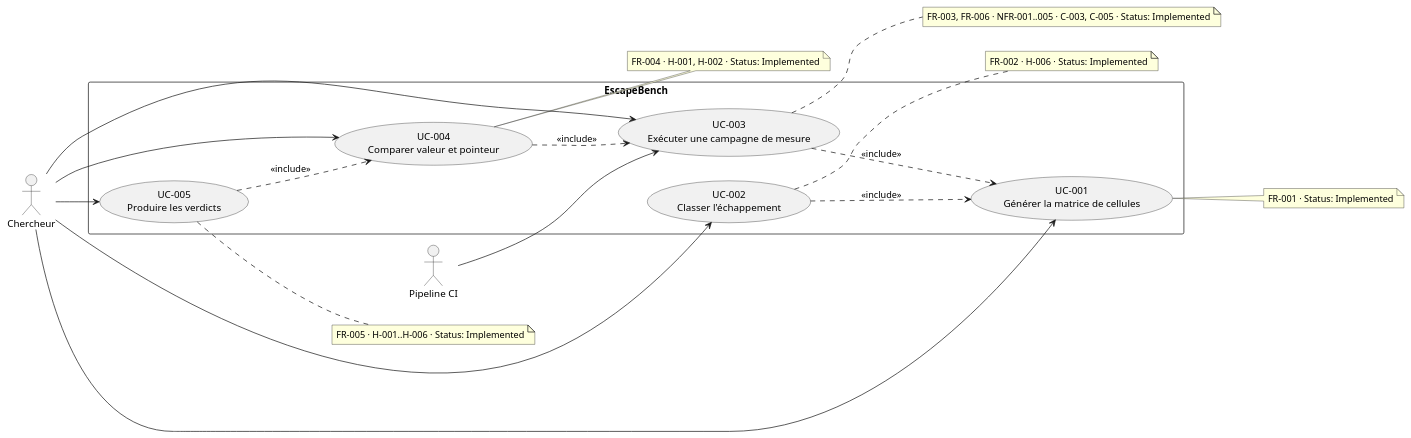
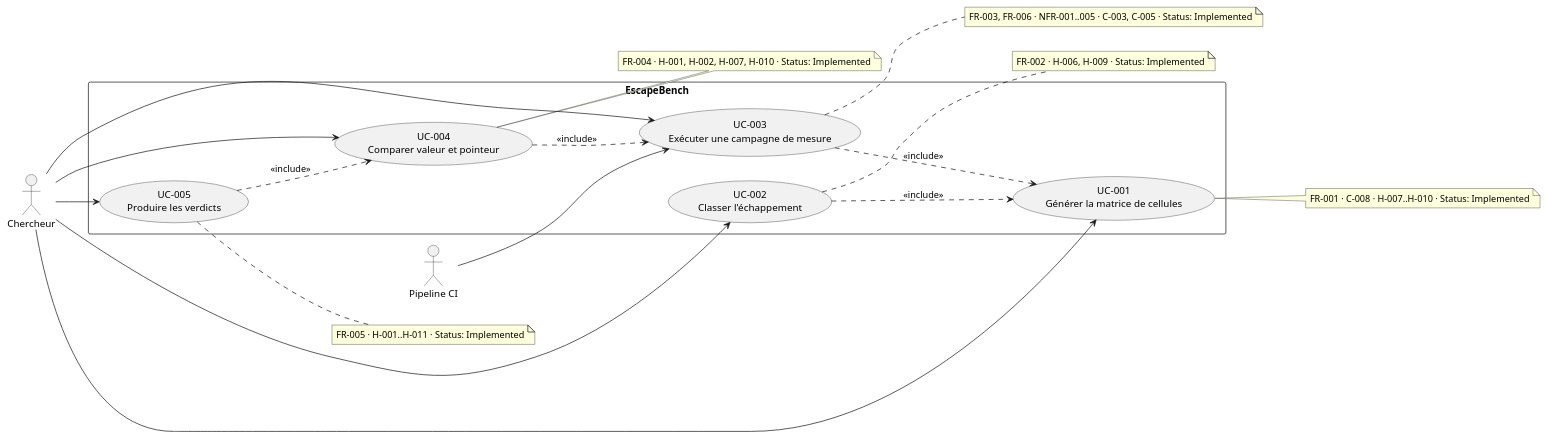
The diagram in EscapeBench/docs/use_cases.puml (agbruneau/Prospection), drawn with PlantUML before and after one commit. The commit also changed 12 other files, not shown here.

```diff
--- a/EscapeBench/docs/use_cases.puml
+++ b/EscapeBench/docs/use_cases.puml
@@ -1,33 +1,33 @@
 @startuml
 left to right direction
 skinparam packageStyle rectangle
 
 actor "Chercheur" as R
 actor "Pipeline CI" as CI
 
 rectangle "EscapeBench" {
   usecase "UC-001\nGénérer la matrice de cellules" as UC001
   usecase "UC-002\nClasser l'échappement" as UC002
   usecase "UC-003\nExécuter une campagne de mesure" as UC003
   usecase "UC-004\nComparer valeur et pointeur" as UC004
   usecase "UC-005\nProduire les verdicts" as UC005
 }
 
 R --> UC001
 R --> UC002
 R --> UC003
 R --> UC004
 R --> UC005
 CI --> UC003
 
 UC002 ..> UC001 : <<include>>
 UC003 ..> UC001 : <<include>>
 UC004 ..> UC003 : <<include>>
 UC005 ..> UC004 : <<include>>
 
-note right of UC001 : FR-001 · Status: Implemented
-note right of UC002 : FR-002 · H-006 · Status: Implemented
+note right of UC001 : FR-001 · C-008 · H-007..H-010 · Status: Implemented
+note right of UC002 : FR-002 · H-006, H-009 · Status: Implemented
 note right of UC003 : FR-003, FR-006 · NFR-001..005 · C-003, C-005 · Status: Implemented
-note right of UC004 : FR-004 · H-001, H-002 · Status: Implemented
-note right of UC005 : FR-005 · H-001..H-006 · Status: Implemented
+note right of UC004 : FR-004 · H-001, H-002, H-007, H-010 · Status: Implemented
+note right of UC005 : FR-005 · H-001..H-011 · Status: Implemented
 @enduml
```
